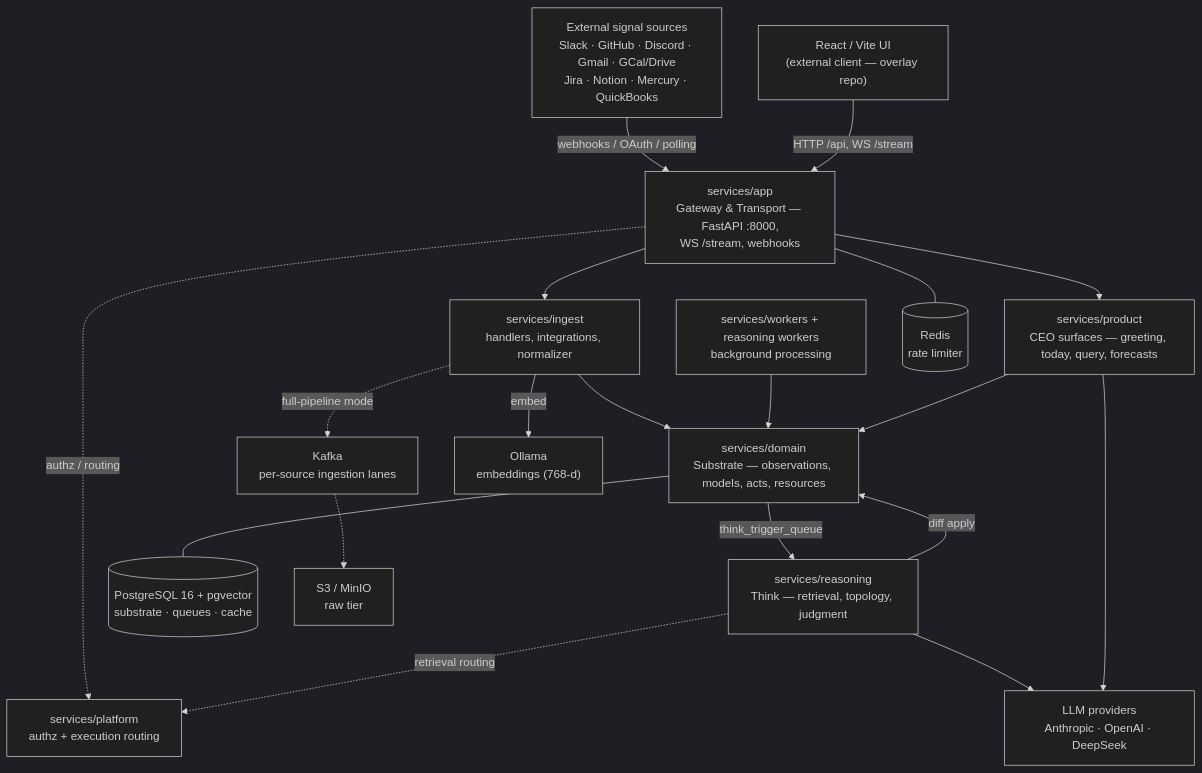
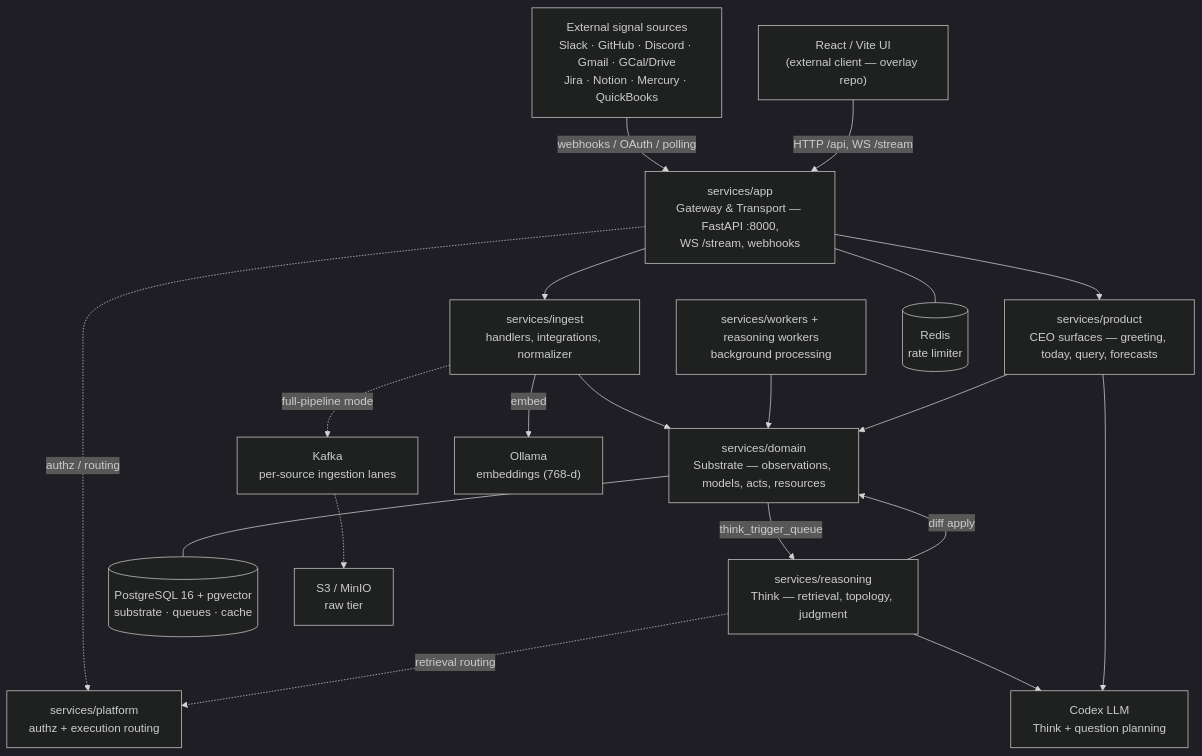
One commit to Fyralisinc/fyraliscore changed the second of 13 diagrams in docs/reference/FYRALIS.md. Above: the diagram before and after it, drawn with Mermaid (dark theme). The commit also changed other lines of this file and 76 other files, not shown here.

````diff
--- a/docs/reference/FYRALIS.md
+++ b/docs/reference/FYRALIS.md
@@ -191,38 +191,38 @@
 ```mermaid
 graph TD
     SRC["External signal sources<br/>Slack · GitHub · Discord · Gmail · GCal/Drive<br/>Jira · Notion · Mercury · QuickBooks"]
     UI["React / Vite UI<br/>(external client — overlay repo)"]
     GW["services/app<br/>Gateway & Transport — FastAPI :8000,<br/>WS /stream, webhooks"]
     INGEST["services/ingest<br/>handlers, integrations, normalizer"]
     DOMAIN["services/domain<br/>Substrate — observations, models, acts, resources"]
     REASON["services/reasoning<br/>Think — retrieval, topology, judgment"]
     PRODUCT["services/product<br/>CEO surfaces — greeting, today, query, forecasts"]
     WORKERS["services/workers + reasoning workers<br/>background processing"]
     PLATFORM["services/platform<br/>authz + execution routing"]
 
     PG[("PostgreSQL 16 + pgvector<br/>substrate · queues · cache")]
     KAFKA["Kafka<br/>per-source ingestion lanes"]
     S3["S3 / MinIO<br/>raw tier"]
     REDIS[("Redis<br/>rate limiter")]
     OLLAMA["Ollama<br/>embeddings (768-d)"]
-    LLM["LLM providers<br/>Anthropic · OpenAI · DeepSeek"]
+    LLM["Codex LLM<br/>Think + question planning"]
 
     SRC -->|"webhooks / OAuth / polling"| GW
     UI -->|"HTTP /api, WS /stream"| GW
     GW --> INGEST
     INGEST --> DOMAIN
     DOMAIN -->|"think_trigger_queue"| REASON
     REASON -->|"diff apply"| DOMAIN
     WORKERS --> DOMAIN
     GW --> PRODUCT
     PRODUCT --> DOMAIN
     GW -. "authz / routing" .-> PLATFORM
     REASON -. "retrieval routing" .-> PLATFORM
     DOMAIN --- PG
     INGEST -. "full-pipeline mode" .-> KAFKA
     KAFKA -.-> S3
     GW --- REDIS
     INGEST -->|"embed"| OLLAMA
     REASON --> LLM
     PRODUCT --> LLM
 ```
````
